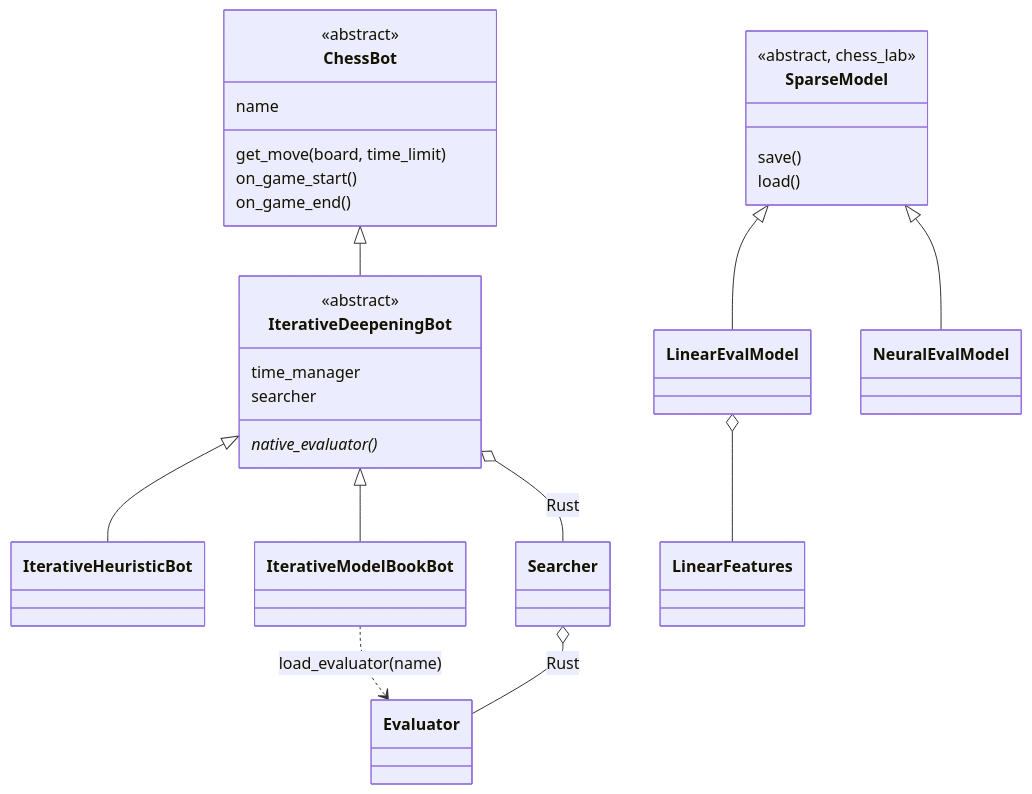
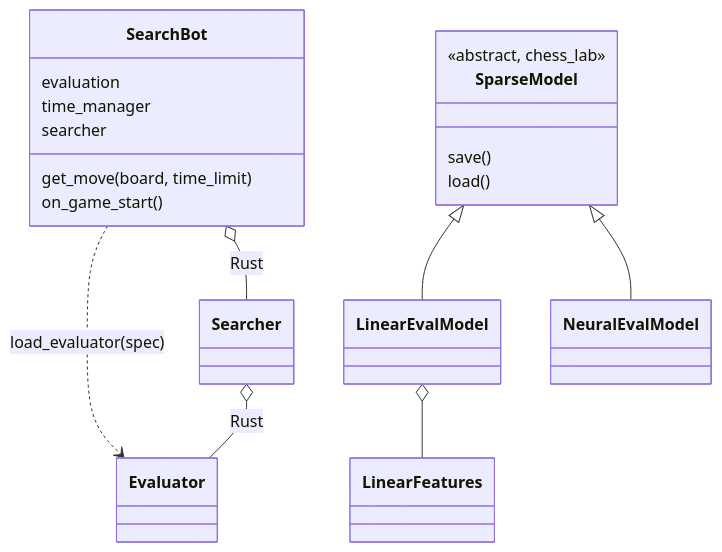
Before and after one commit to JoaquinDeVA/chess-ai-engine: the second of 3 diagrams in docs/ARCHITECTURE.md, drawn with Mermaid. The commit also changed other lines of this file and 46 other files, not shown here.

Commit message:
refactor: one SearchBot, bots and game packages replace the registry, three bot classes and engine/search

````diff
--- a/docs/ARCHITECTURE.md
+++ b/docs/ARCHITECTURE.md
@@ -72,31 +69,22 @@
 ```mermaid
 classDiagram
-    class ChessBot {
-        <<abstract>>
-        name
+    class SearchBot {
+        evaluation
+        time_manager
+        searcher
         get_move(board, time_limit)
         on_game_start()
-        on_game_end()
     }
-    class IterativeDeepeningBot {
-        <<abstract>>
-        time_manager
-        searcher
-        native_evaluator()*
-    }
-    ChessBot <|-- IterativeDeepeningBot
-    IterativeDeepeningBot <|-- IterativeHeuristicBot
-    IterativeDeepeningBot <|-- IterativeModelBookBot
 
     class SparseModel {
         <<abstract, chess_lab>>
         save()
         load()
     }
     SparseModel <|-- LinearEvalModel
     SparseModel <|-- NeuralEvalModel
     LinearEvalModel o-- LinearFeatures
-    IterativeModelBookBot ..> Evaluator : load_evaluator(name)
-    IterativeDeepeningBot o-- Searcher : Rust
+    SearchBot ..> Evaluator : load_evaluator(spec)
+    SearchBot o-- Searcher : Rust
     Searcher o-- Evaluator : Rust
 ```
````
